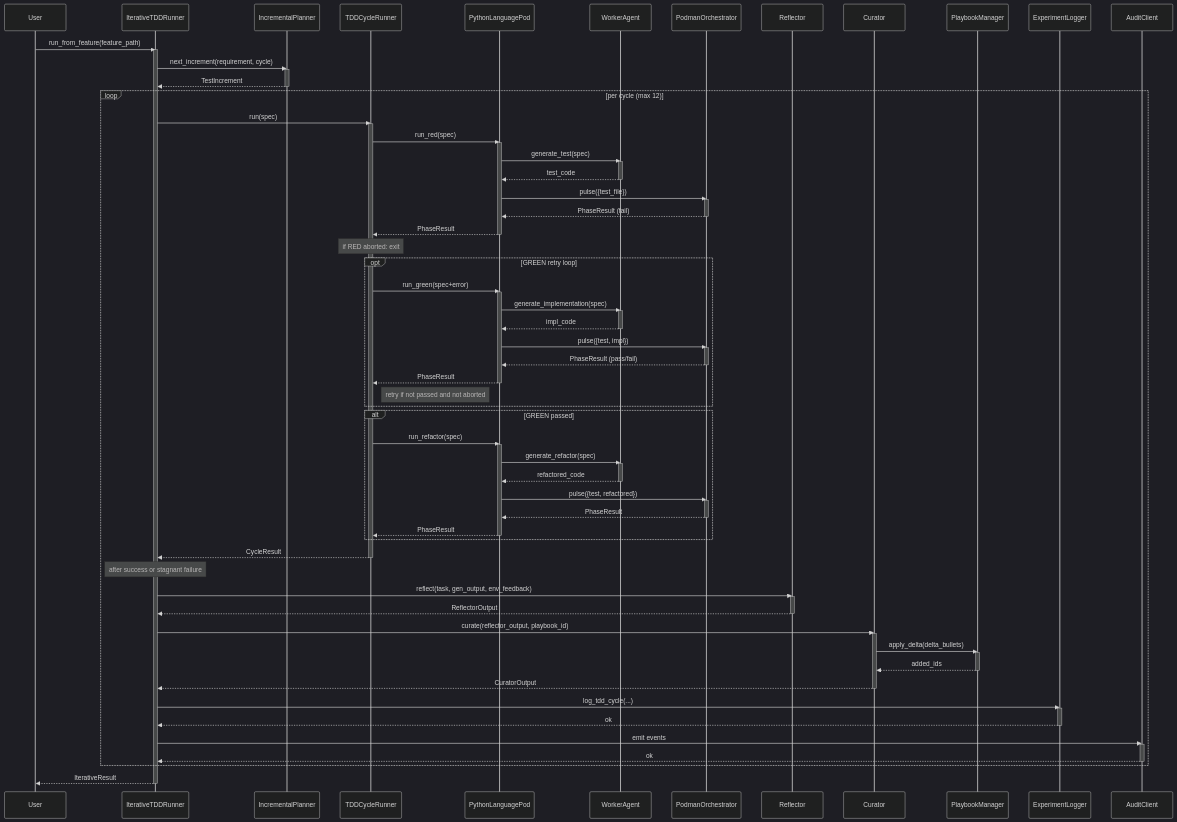
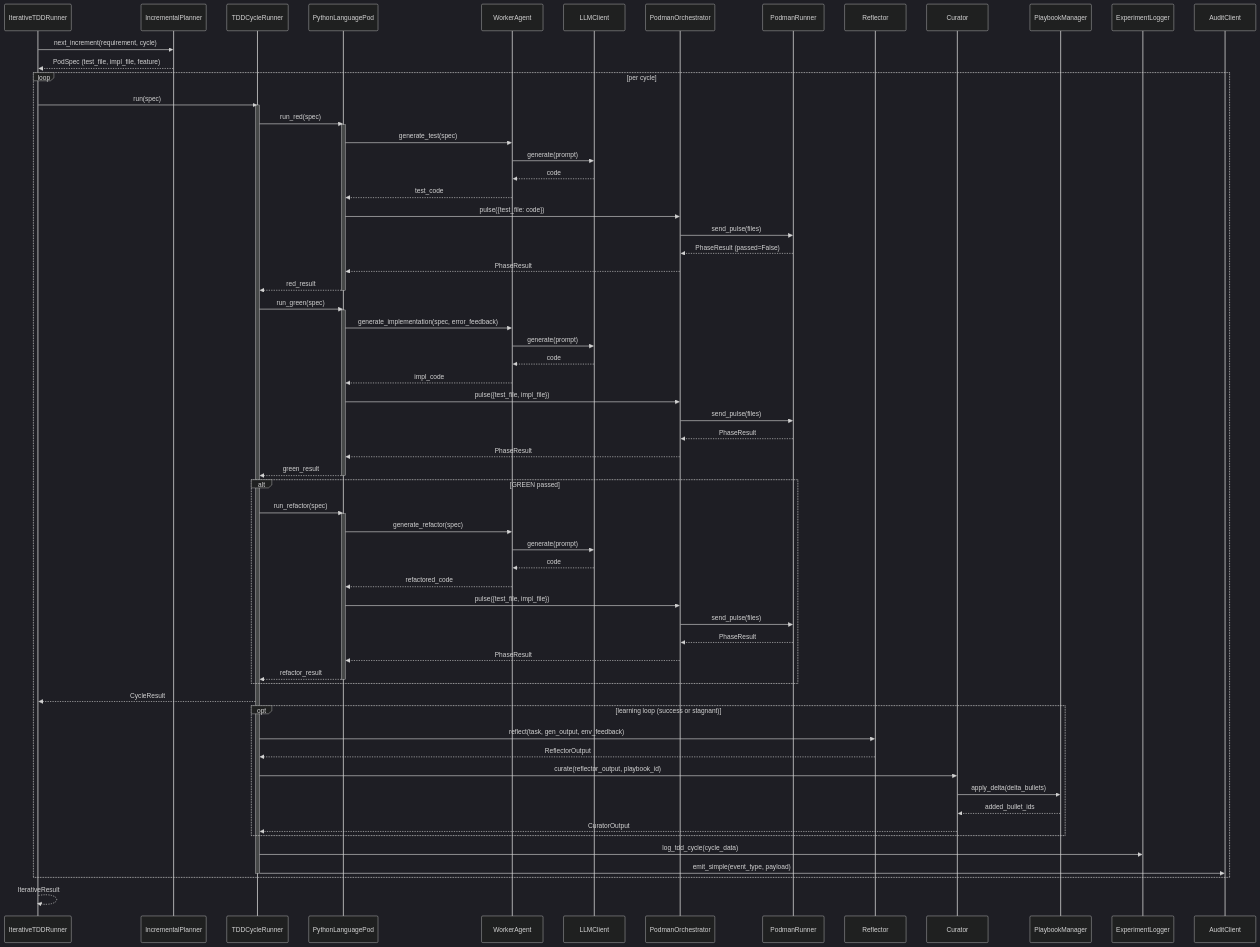
Before and after one commit to carlhuxley/ace_enterprise: the diagram in docs/SYSTEM_ARCHITECTURE.md, drawn with Mermaid (dark theme). The commit also changed other lines of this file and 5 other files, not shown here.

````diff
--- a/docs/SYSTEM_ARCHITECTURE.md
+++ b/docs/SYSTEM_ARCHITECTURE.md
@@ -39,93 +110,82 @@
 ```mermaid
 sequenceDiagram
-    participant User
     participant Runner as IterativeTDDRunner
     participant Planner as IncrementalPlanner
-    participant Cycl as TDDCycleRunner
+    participant Cycle as TDDCycleRunner
     participant Pod as PythonLanguagePod
     participant Worker as WorkerAgent
-    participant Podman as PodmanOrchestrator
-    participant Reflect as Reflector
-    participant Curat as Curator
-    participant PBook as PlaybookManager
+    participant LLM as LLMClient
+    participant Orchestrator as PodmanOrchestrator
+    participant Container as PodmanRunner
+    participant Reflector as Reflector
+    participant Curator as Curator
+    participant Playbook as PlaybookManager
     participant Logger as ExperimentLogger
     participant Audit as AuditClient
 
-    User->>Runner: run_from_feature(feature_path)
-    activate Runner
     Runner->>Planner: next_increment(requirement, cycle)
-    activate Planner
-    Planner-->>Runner: TestIncrement
-    deactivate Planner
-    loop per cycle (max 12)
-        Runner->>Cycl: run(spec)
-        activate Cycl
-        Cycl->>Pod: run_red(spec)
+    Planner-->>Runner: PodSpec (test_file, impl_file, feature)
+
+    loop per cycle
+        Runner->>Cycle: run(spec)
+        activate Cycle
+
+        Cycle->>Pod: run_red(spec)
         activate Pod
         Pod->>Worker: generate_test(spec)
-        activate Worker
+        Worker->>LLM: generate(prompt)
+        LLM-->>Worker: code
         Worker-->>Pod: test_code
-        deactivate Worker
-        Pod->>Podman: pulse({test_file})
-        activate Podman
-        Podman-->>Pod: PhaseResult (fail)
-        deactivate Podman
-        Pod-->>Cycl: PhaseResult
+        Pod->>Orchestrator: pulse({test_file: code})
+        Orchestrator->>Container: send_pulse(files)
+        Container-->>Orchestrator: PhaseResult (passed=False)
+        Orchestrator-->>Pod: PhaseResult
+        Pod-->>Cycle: red_result
         deactivate Pod
-        Note over Cycl: if RED aborted: exit
-        opt GREEN retry loop
-            Cycl->>Pod: run_green(spec+error)
-            activate Pod
-            Pod->>Worker: generate_implementation(spec)
-            activate Worker
-            Worker-->>Pod: impl_code
-            deactivate Worker
-            Pod->>Podman: pulse({test, impl})
-            activate Podman
-            Podman-->>Pod: PhaseResult (pass/fail)
-            deactivate Podman
-            Pod-->>Cycl: PhaseResult
-            deactivate Pod
-            Note right of Cycl: retry if not passed and not aborted
-        end
+
+        Cycle->>Pod: run_green(spec)
+        activate Pod
+        Pod->>Worker: generate_implementation(spec, error_feedback)
+        Worker->>LLM: generate(prompt)
+        LLM-->>Worker: code
+        Worker-->>Pod: impl_code
+        Pod->>Orchestrator: pulse({test_file, impl_file})
+        Orchestrator->>Container: send_pulse(files)
+        Container-->>Orchestrator: PhaseResult
+        Orchestrator-->>Pod: PhaseResult
+        Pod-->>Cycle: green_result
+        deactivate Pod
+
         alt GREEN passed
-            Cycl->>Pod: run_refactor(spec)
+            Cycle->>Pod: run_refactor(spec)
             activate Pod
             Pod->>Worker: generate_refactor(spec)
-            activate Worker
+            Worker->>LLM: generate(prompt)
+            LLM-->>Worker: code
             Worker-->>Pod: refactored_code
-            deactivate Worker
-            Pod->>Podman: pulse({test, refactored})
-            activate Podman
-            Podman-->>Pod: PhaseResult
-            deactivate Podman
-            Pod-->>Cycl: PhaseResult
+            Pod->>Orchestrator: pulse({test_file, impl_file})
+            Orchestrator->>Container: send_pulse(files)
+            Container-->>Orchestrator: PhaseResult
+            Orchestrator-->>Pod: PhaseResult
+            Pod-->>Cycle: refactor_result
             deactivate Pod
         end
-        Cycl-->>Runner: CycleResult
-        deactivate Cycl
-        Note over Runner: after success or stagnant failure
-        Runner->>Reflect: reflect(task, gen_output, env_feedback)
-        activate Reflect
-        Reflect-->>Runner: ReflectorOutput
-        deactivate Reflect
-        Runner->>Curat: curate(reflector_output, playbook_id)
-        activate Curat
-        Curat->>PBook: apply_delta(delta_bullets)
-        activate PBook
-        PBook-->>Curat: added_ids
-        deactivate PBook
-        Curat-->>Runner: CuratorOutput
-        deactivate Curat
-        Runner->>Logger: log_tdd_cycle(...)
-        activate Logger
-        Logger-->>Runner: ok
-        deactivate Logger
-        Runner->>Audit: emit events
-        activate Audit
-        Audit-->>Runner: ok
-        deactivate Audit
+
+        Cycle-->>Runner: CycleResult
+
+        opt learning loop (success or stagnant)
+            Cycle->>Reflector: reflect(task, gen_output, env_feedback)
+            Reflector-->>Cycle: ReflectorOutput
+            Cycle->>Curator: curate(reflector_output, playbook_id)
+            Curator->>Playbook: apply_delta(delta_bullets)
+            Playbook-->>Curator: added_bullet_ids
+            Curator-->>Cycle: CuratorOutput
+        end
+
+        Cycle->>Logger: log_tdd_cycle(cycle_data)
+        Cycle->>Audit: emit_simple(event_type, payload)
+        deactivate Cycle
     end
-    Runner-->>User: IterativeResult
-    deactivate Runner
+
+    Runner-->>Runner: IterativeResult
 ```
````
